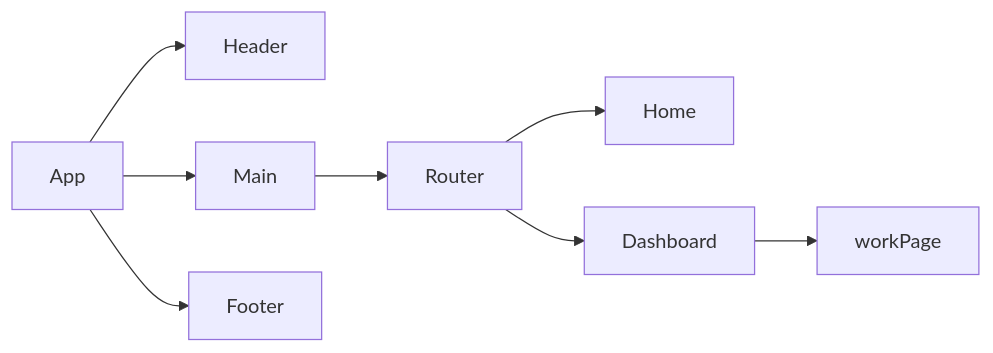
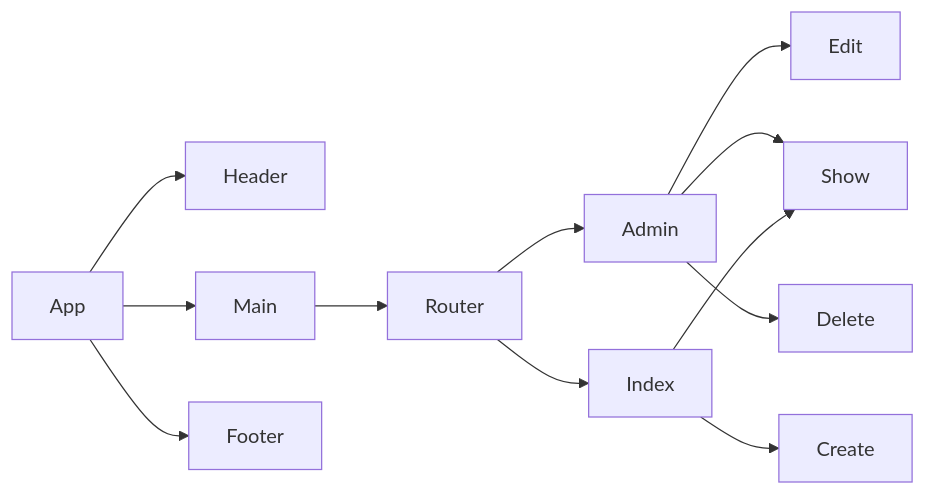
One commit to hojoon0724/opusManifest-front changed the diagram in README.md. Above: the diagram before and after it, drawn with Mermaid.

Commit message:
revised component architecture

````diff
--- a/README.md
+++ b/README.md
@@ -34,10 +34,14 @@
 ```mermaid
 flowchart LR
   App-->Header
   App-->Main
   App-->Footer
   Main-->Router
-  Router-->Home
-  Router-->Dashboard
-  Dashboard-->workPage
+  Router-->Admin
+  Router-->Index
+  Index-->Show
+  Index-->Create
+  Admin-->Show
+  Admin-->Edit
+  Admin-->Delete
 ```
````
